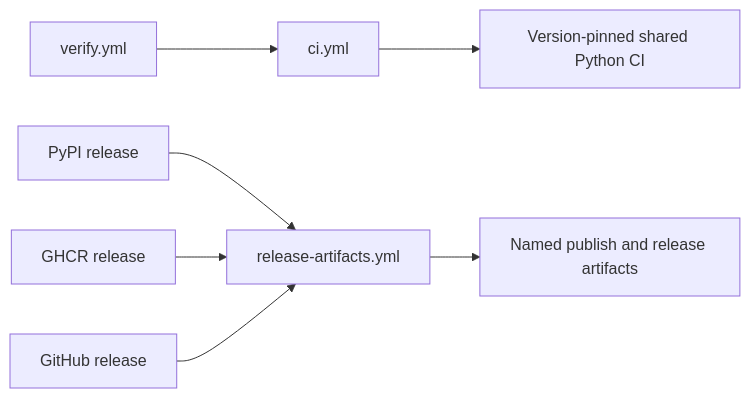
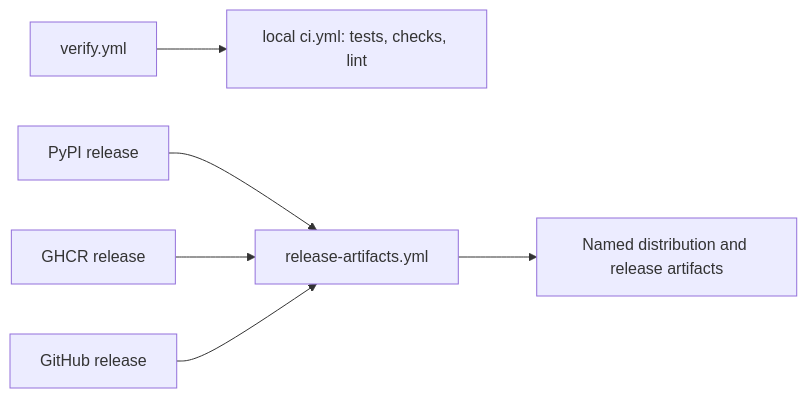
Before and after one commit to bijux/bijux-canon: the diagram in docs/07-bijux-canon-maintain/gh-workflows/reusable-workflows.md, drawn with Mermaid. The commit also changed other lines of this file and 5 other files, not shown here.

````diff
--- a/docs/07-bijux-canon-maintain/gh-workflows/reusable-workflows.md
+++ b/docs/07-bijux-canon-maintain/gh-workflows/reusable-workflows.md
@@ -17,9 +17,8 @@
 ```mermaid
 flowchart LR
-    V[verify.yml] --> C[ci.yml]
-    C --> U[Version-pinned shared Python CI]
-    RP[PyPI release] --> A[release-artifacts.yml]
-    RG[GHCR release] --> A
-    RH[GitHub release] --> A
-    A --> P[Named publish and release artifacts]
+    verify["verify.yml"] --> ci["local ci.yml: tests, checks, lint"]
+    pypi["PyPI release"] --> artifacts["release-artifacts.yml"]
+    ghcr["GHCR release"] --> artifacts
+    github["GitHub release"] --> artifacts
+    artifacts --> output["Named distribution and release artifacts"]
 ```
````
